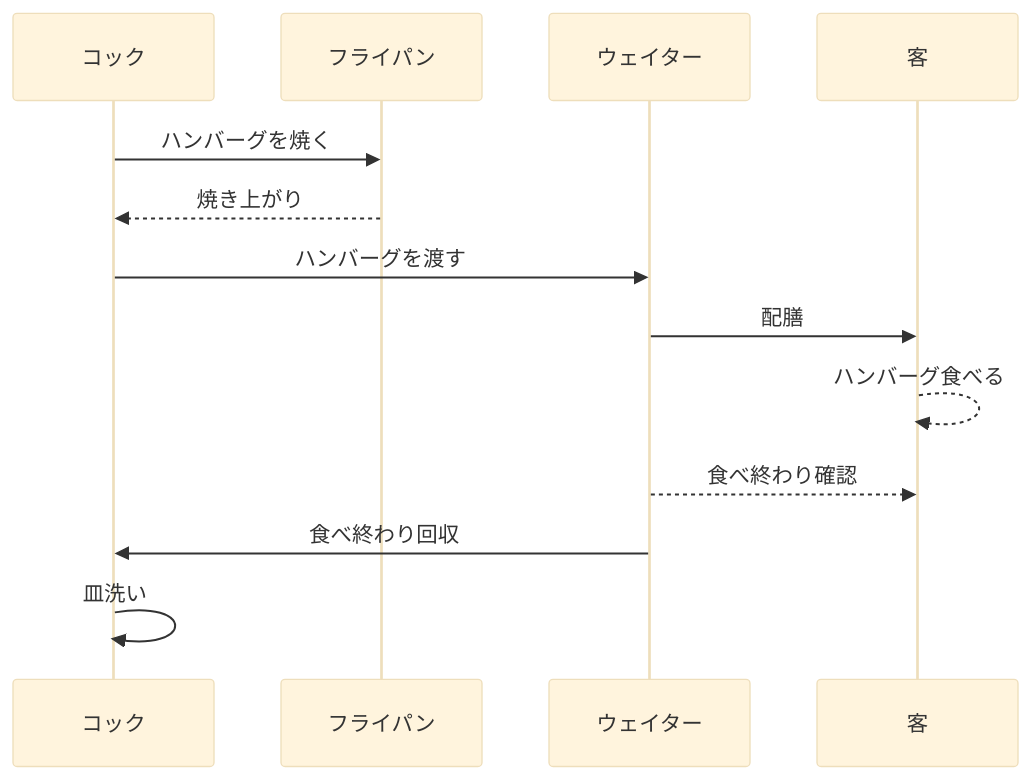
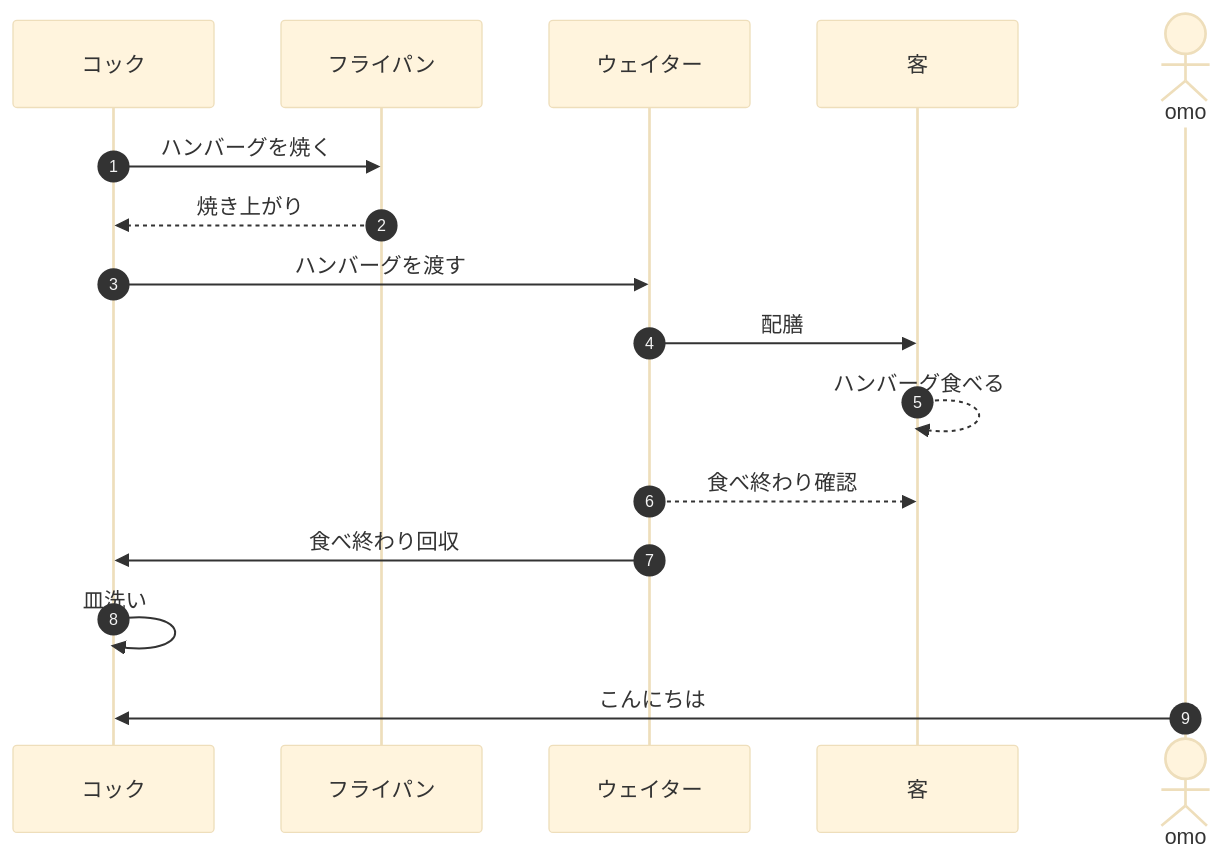
The second of 3 diagrams in README.md (k-omotani/mermaid-sandbox), drawn with Mermaid (base theme) before and after one commit. The commit also changed other lines of this file, not shown here.

````diff
--- a/README.md
+++ b/README.md
@@ -12,12 +11,14 @@
 ```mermaid
 sequenceDiagram
+    autonumber
     コック ->> フライパン: ハンバーグを焼く
     フライパン -->> コック: 焼き上がり
     コック ->>  ウェイター: ハンバーグを渡す
     ウェイター　->> 客: 配膳
     客 -->> 客: ハンバーグ食べる
     ウェイター -->> 客: 食べ終わり確認
     ウェイター　->> コック: 食べ終わり回収
     コック ->> コック: 皿洗い
-
+    actor omo
+    omo ->> コック: こんにちは
 ```
````
